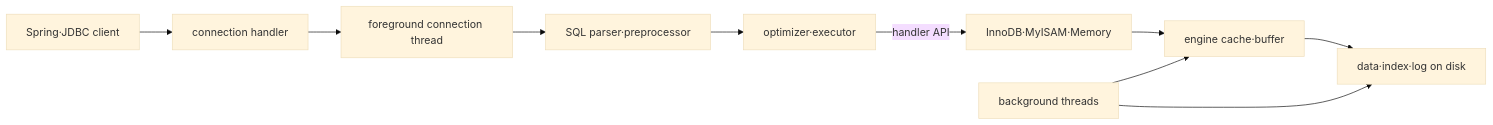
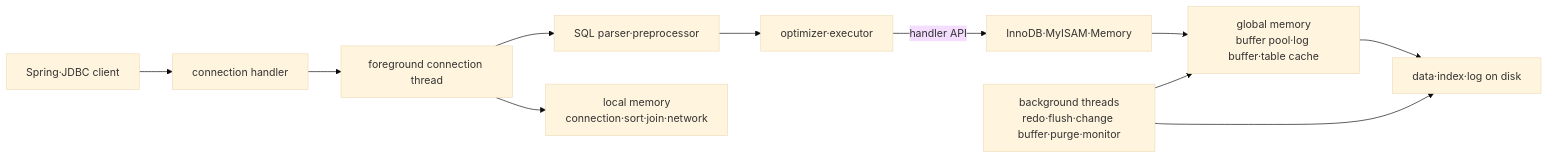
One commit to Hoya324/study-cs-obsidian changed the first of 5 diagrams in 06-sources/reading-notes/real-mysql-8-0-1/04-아키텍쳐/4.1 MySQL 엔진 아키텍쳐.md. Above: the diagram before and after it, drawn with Mermaid (base theme). The commit also changed other lines of this file and 2 other files, not shown here.

Commit message:
study: add MySQL background threads and memory

````diff
--- a/06-sources/reading-notes/real-mysql-8-0-1/04-아키텍쳐/4.1 MySQL 엔진 아키텍쳐.md
+++ b/06-sources/reading-notes/real-mysql-8-0-1/04-아키텍쳐/4.1 MySQL 엔진 아키텍쳐.md
@@ -57,12 +57,13 @@
 ```mermaid
 flowchart LR
     A["Spring·JDBC client"] --> B["connection handler"]
     B --> C["foreground connection thread"]
     C --> D["SQL parser·preprocessor"]
     D --> E["optimizer·executor"]
     E -->|"handler API"| F["InnoDB·MyISAM·Memory"]
-    F --> G["engine cache·buffer"]
+    C --> L["local memory<br/>connection·sort·join·network"]
+    F --> G["global memory<br/>buffer pool·log buffer·table cache"]
     G --> H["data·index·log on disk"]
-    I["background threads"] --> G
+    I["background threads<br/>redo·flush·change buffer·purge·monitor"] --> G
     I --> H
 ```
````
